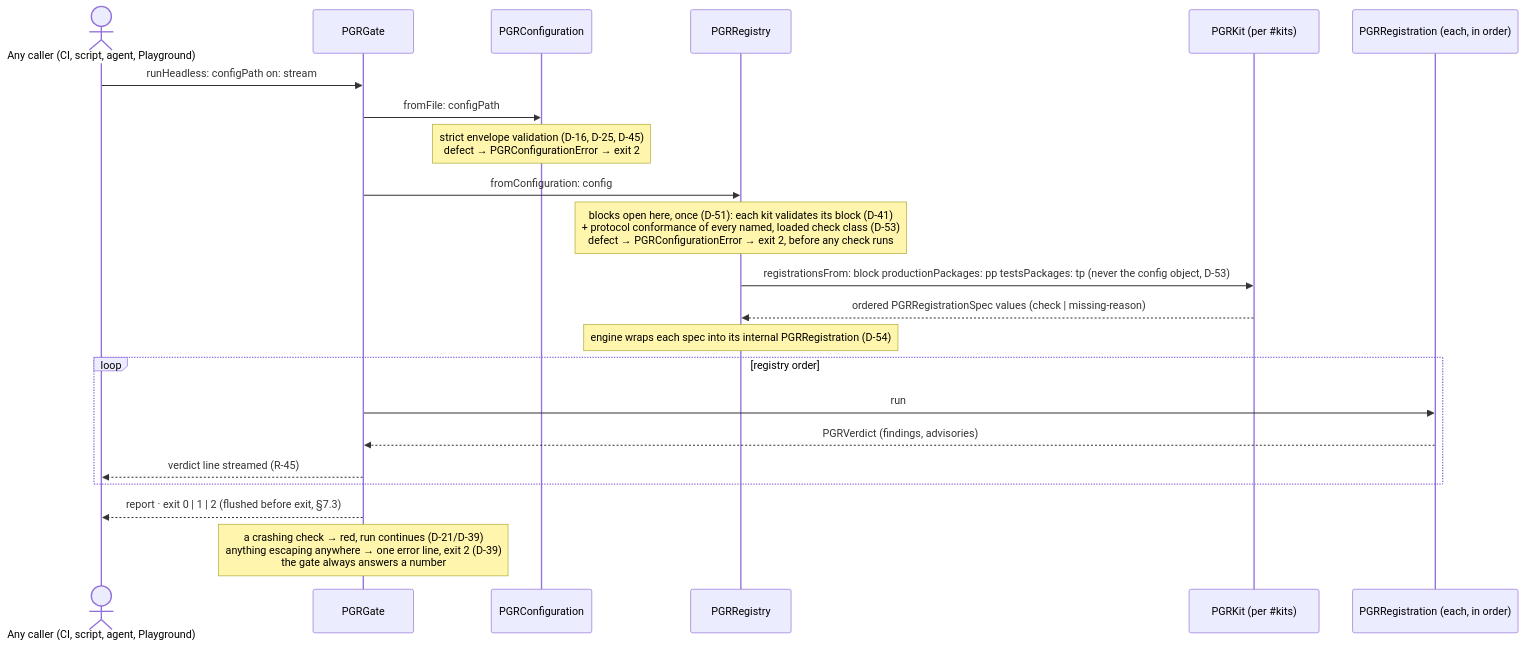
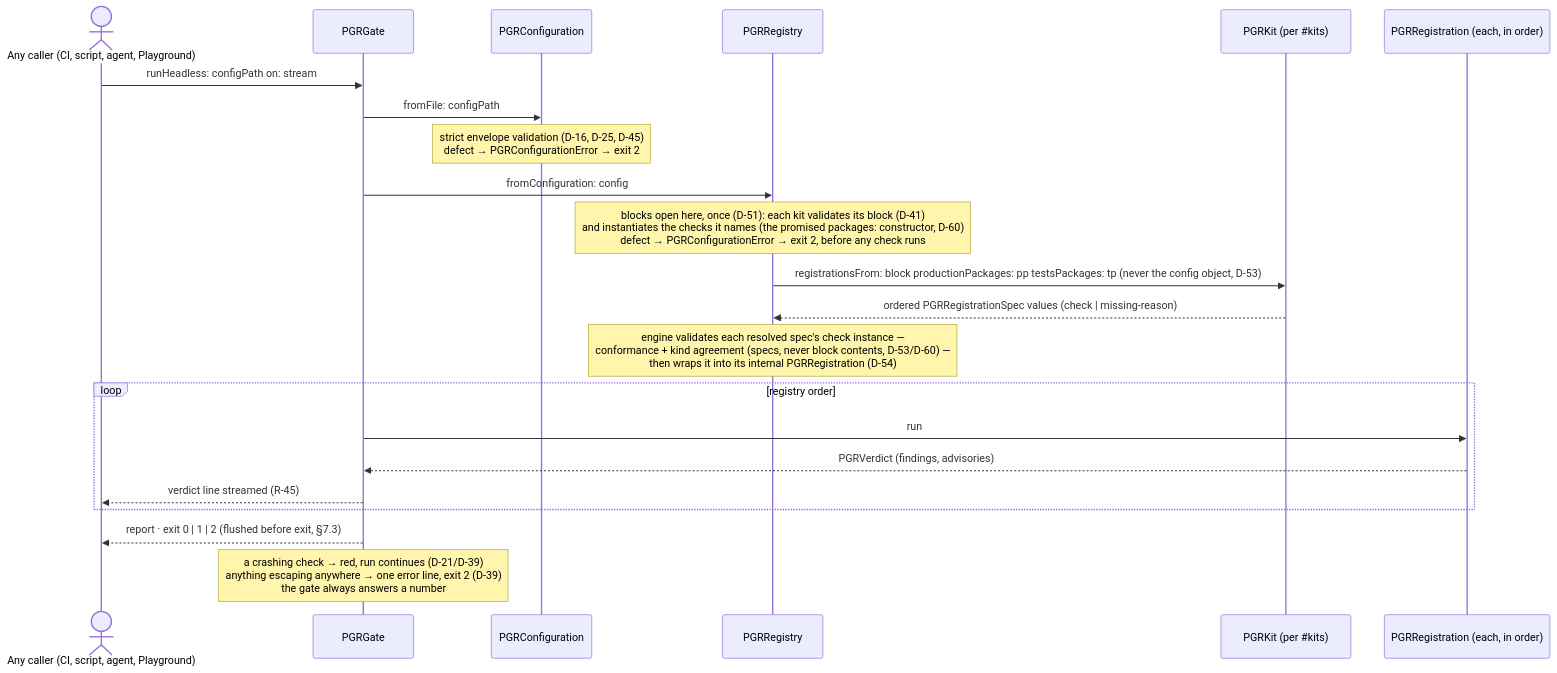
The second of 2 diagrams in plan/02-spec/00-architecture.md (mittcooper/phi-guardrails), drawn with Mermaid before and after one commit. The commit also changed other lines of this file and 14 other files, not shown here.

````diff
--- a/plan/02-spec/00-architecture.md
+++ b/plan/02-spec/00-architecture.md
@@ -227,24 +227,24 @@
 ```mermaid
 sequenceDiagram
     actor Caller as Any caller (CI, script, agent, Playground)
     participant G as PGRGate
     participant C as PGRConfiguration
     participant R as PGRRegistry
     participant K as PGRKit (per #35;kits)
     participant Reg as PGRRegistration (each, in order)
     Caller->>G: runHeadless: configPath on: stream
     G->>C: fromFile: configPath
     Note over C: strict envelope validation (D-16, D-25, D-45)<br/>defect → PGRConfigurationError → exit 2
     G->>R: fromConfiguration: config
-    Note over R: blocks open here, once (D-51): each kit validates its block (D-41)<br/>+ protocol conformance of every named, loaded check class (D-53)<br/>defect → PGRConfigurationError → exit 2, before any check runs
+    Note over R: blocks open here, once (D-51): each kit validates its block (D-41)<br/>and instantiates the checks it names (the promised packages: constructor, D-60)<br/>defect → PGRConfigurationError → exit 2, before any check runs
     R->>K: registrationsFrom: block productionPackages: pp testsPackages: tp (never the config object, D-53)
     K-->>R: ordered PGRRegistrationSpec values (check | missing-reason)
-    Note over R: engine wraps each spec into its internal PGRRegistration (D-54)
+    Note over R: engine validates each resolved spec's check instance —<br/>conformance + kind agreement (specs, never block contents, D-53/D-60) —<br/>then wraps it into its internal PGRRegistration (D-54)
     loop registry order
         G->>Reg: run
         Reg-->>G: PGRVerdict (findings, advisories)
         G-->>Caller: verdict line streamed (R-45)
     end
     G-->>Caller: report · exit 0 | 1 | 2 (flushed before exit, §7.3)
     Note over G: a crashing check → red, run continues (D-21/D-39)<br/>anything escaping anywhere → one error line, exit 2 (D-39)<br/>the gate always answers a number
 ```
````
